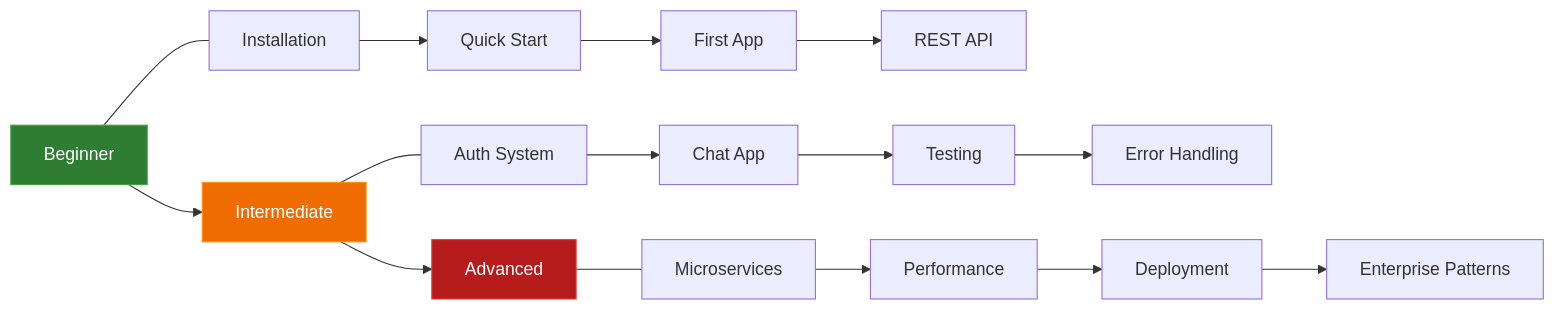
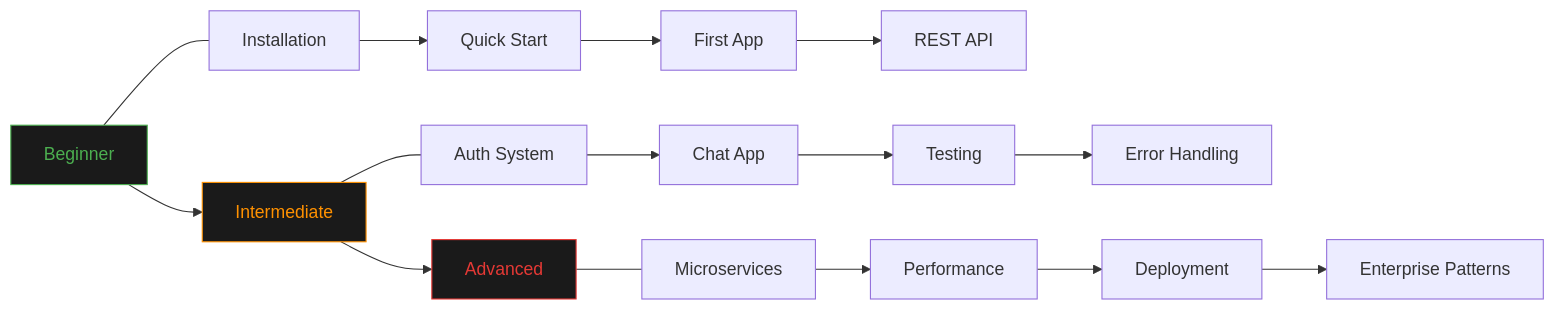
Before and after one commit to jagadeesh32/cello: the diagram in docs/learn/index.md, drawn with Mermaid. The commit also changed 6 other files, not shown here.

````diff
--- a/docs/learn/index.md
+++ b/docs/learn/index.md
@@ -23,16 +23,16 @@
 ```mermaid
 graph LR
     B["Beginner"]:::beginner --> I["Intermediate"]:::intermediate --> A["Advanced"]:::advanced
 
     B1["Installation"] --> B2["Quick Start"] --> B3["First App"] --> B4["REST API"]
     I1["Auth System"] --> I2["Chat App"] --> I3["Testing"] --> I4["Error Handling"]
     A1["Microservices"] --> A2["Performance"] --> A3["Deployment"] --> A4["Enterprise Patterns"]
 
     B --- B1
     I --- I1
     A --- A1
 
-    classDef beginner fill:#2e7d32,stroke:#43a047,color:#fff
-    classDef intermediate fill:#ef6c00,stroke:#ff9100,color:#fff
-    classDef advanced fill:#b71c1c,stroke:#e53935,color:#fff
+    classDef beginner fill:#1A1A1A,stroke:#4caf50,color:#4caf50
+    classDef intermediate fill:#1A1A1A,stroke:#FF9100,color:#FF9100
+    classDef advanced fill:#1A1A1A,stroke:#e53935,color:#e53935
 ```
````
